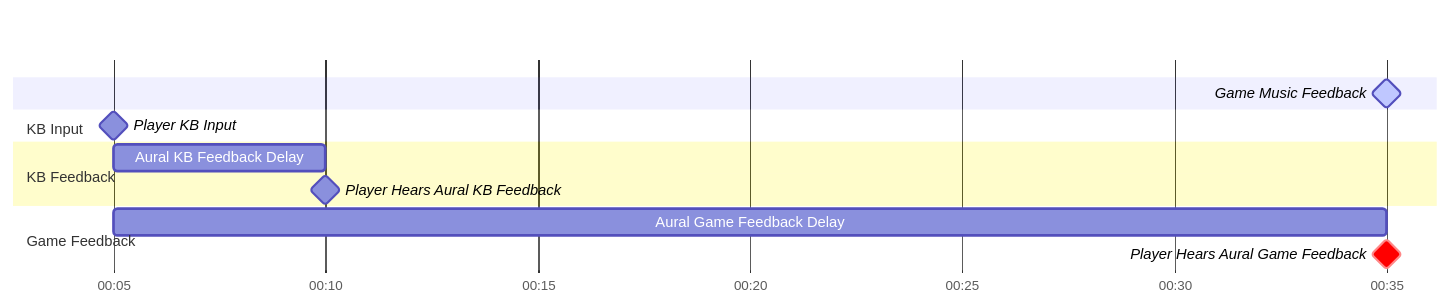
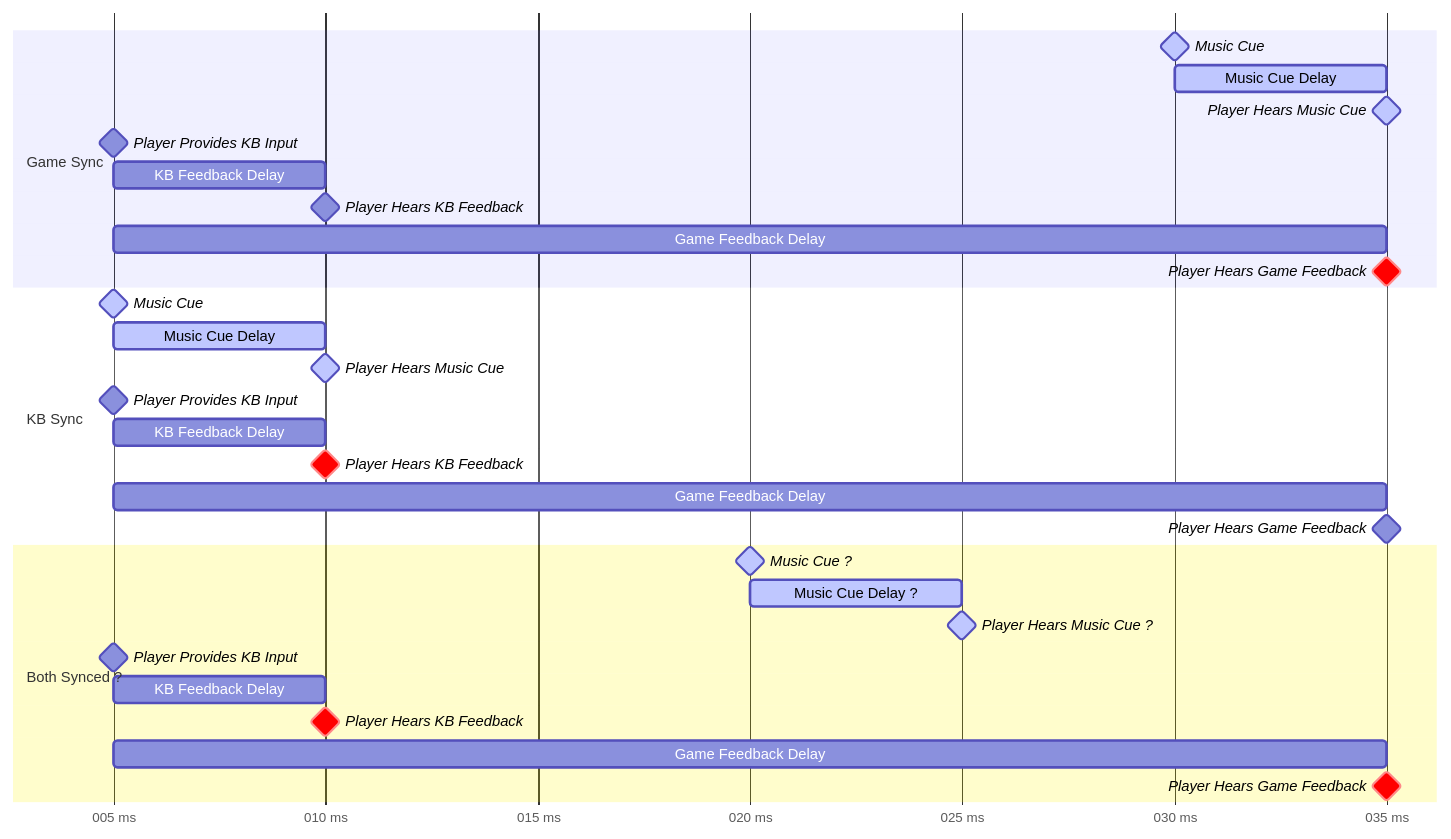
One commit to Eve-ning/Eve-ning.github.io changed the second of 12 diagrams in _posts/2024-10-04-hitsounds.md. Above: the diagram before and after it, drawn with Mermaid. The commit also changed other lines of this file, not shown here.

````diff
--- a/_posts/2024-10-04-hitsounds.md
+++ b/_posts/2024-10-04-hitsounds.md
@@ -116,17 +108,34 @@
 ```mermaid
 gantt
-  dateFormat mm:ss
-  axisFormat %M:%S
+  dateFormat SSS
+  axisFormat %L ms
+  tickInterval 5millisecond
 
-  Game Music Feedback: active, milestone, 00:35,
-  section KB Input
-    Player KB Input: milestone, 00:05,
-
-  section KB Feedback
-    Aural KB Feedback Delay: 00:05, 00:10
-    Player Hears Aural KB Feedback: milestone, 00:10,
-
-  section Game Feedback
-    Aural Game Feedback Delay: 00:05, 00:35
-    Player Hears Aural Game Feedback: crit, milestone, 00:35,
+  section Game Sync
+    Music Cue: active, milestone, 030,
+    Music Cue Delay: active, 030, 035
+    Player Hears Music Cue: active, milestone, 035,
+    Player Provides KB Input: milestone, 005,
+    KB Feedback Delay: 005, 010
+    Player Hears KB Feedback: milestone, 010,
+    Game Feedback Delay: 005, 035
+    Player Hears Game Feedback: crit, milestone, 035,
+  section KB Sync
+    Music Cue: active, milestone, 005,
+    Music Cue Delay: active, 005, 010
+    Player Hears Music Cue: active, milestone, 010,
+    Player Provides KB Input: milestone, 005,
+    KB Feedback Delay: 005, 010
+    Player Hears KB Feedback: crit, milestone, 010,
+    Game Feedback Delay: 005, 035
+    Player Hears Game Feedback: milestone, 035,
+  section Both Synced ?
+    Music Cue ?: active, milestone, 020,
+    Music Cue Delay ?: active, 020, 025
+    Player Hears Music Cue ?: active, milestone, 025,
+    Player Provides KB Input: milestone, 005,
+    KB Feedback Delay: 005, 010
+    Player Hears KB Feedback: crit, milestone, 010,
+    Game Feedback Delay: 005, 035
+    Player Hears Game Feedback: crit, milestone, 035,
 ```
````
